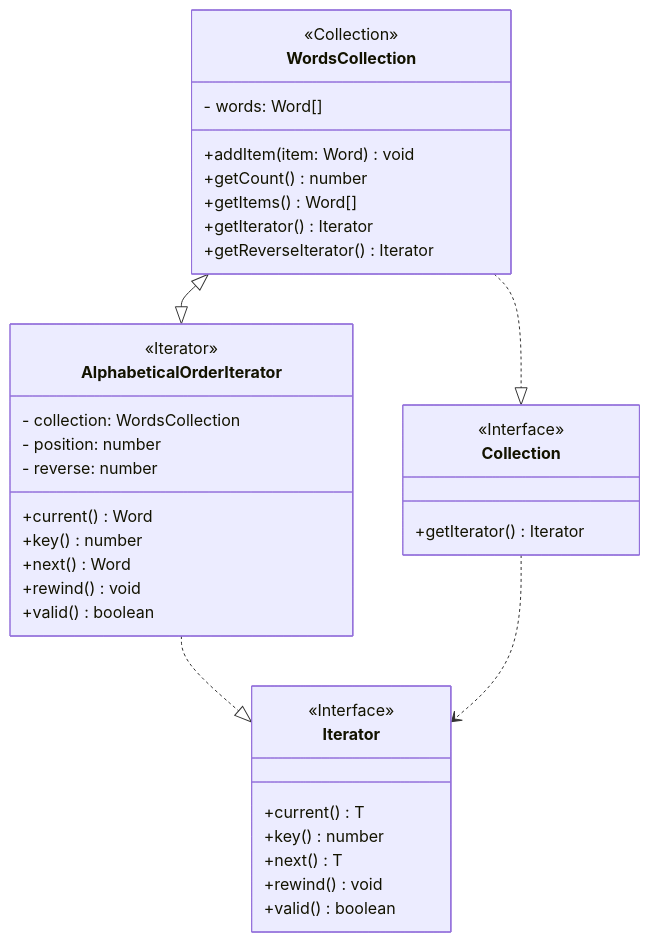
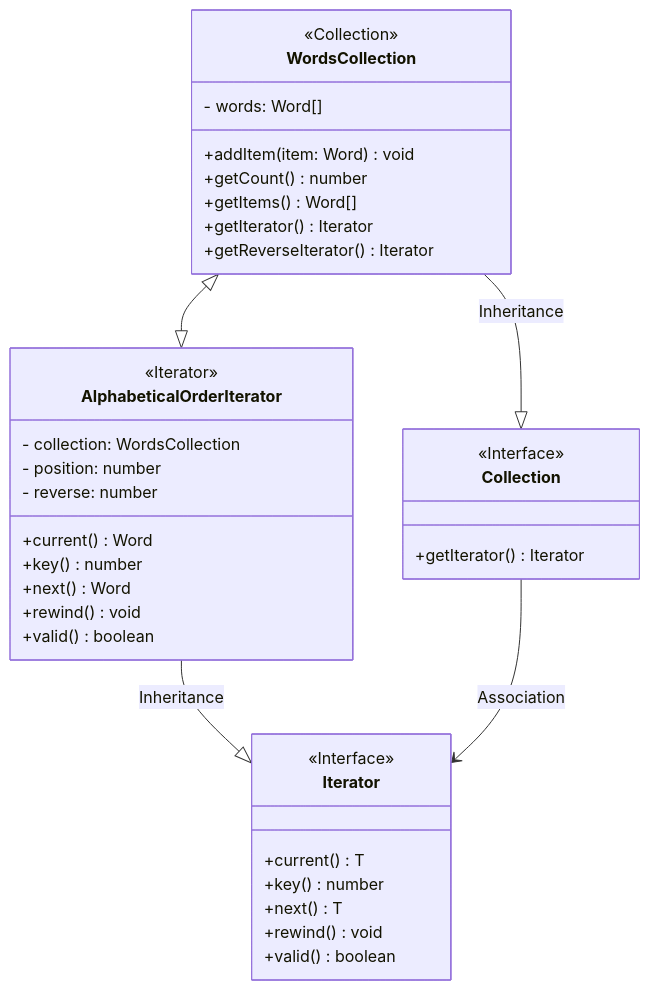
One commit to javierlopezdeancos/aprende-typescript changed the diagram in patterns/behavioral/iterator.md. Above: the diagram before and after it, drawn with Mermaid. The commit also changed 1 other file, not shown here.

Commit message:
fix: improbe structure pattherns graphs

````diff
--- a/patterns/behavioral/iterator.md
+++ b/patterns/behavioral/iterator.md
@@ -39,45 +39,45 @@
 ```mermaid
 classDiagram
 direction TB
     class Collection {
      +getIterator() Iterator
     }
 
     class WordsCollection {
      - words: Word[]
      +addItem(item: Word) void
      +getCount() number
      +getItems() Word[]
      +getIterator() Iterator
      +getReverseIterator() Iterator
     }
 
     class Iterator {
      +current() T
      +key() number
      +next() T
      +rewind() void
      +valid() boolean
     }
 
     class AlphabeticalOrderIterator {
      - collection: WordsCollection
      - position: number
      - reverse: number
      +current() Word
      +key() number
      +next() Word
      +rewind() void
      +valid() boolean
     }
 
  <<Interface>> Collection
  <<Collection>> WordsCollection
  <<Interface>> Iterator
  <<Iterator>> AlphabeticalOrderIterator
 
-    AlphabeticalOrderIterator ..|> Iterator
-    Collection ..> Iterator
+    AlphabeticalOrderIterator --|> Iterator : Inheritance
+    Collection --> Iterator : Association
     WordsCollection <|--|> AlphabeticalOrderIterator
-    WordsCollection ..|> Collection
+    WordsCollection --|> Collection : Inheritance
 ```
````
